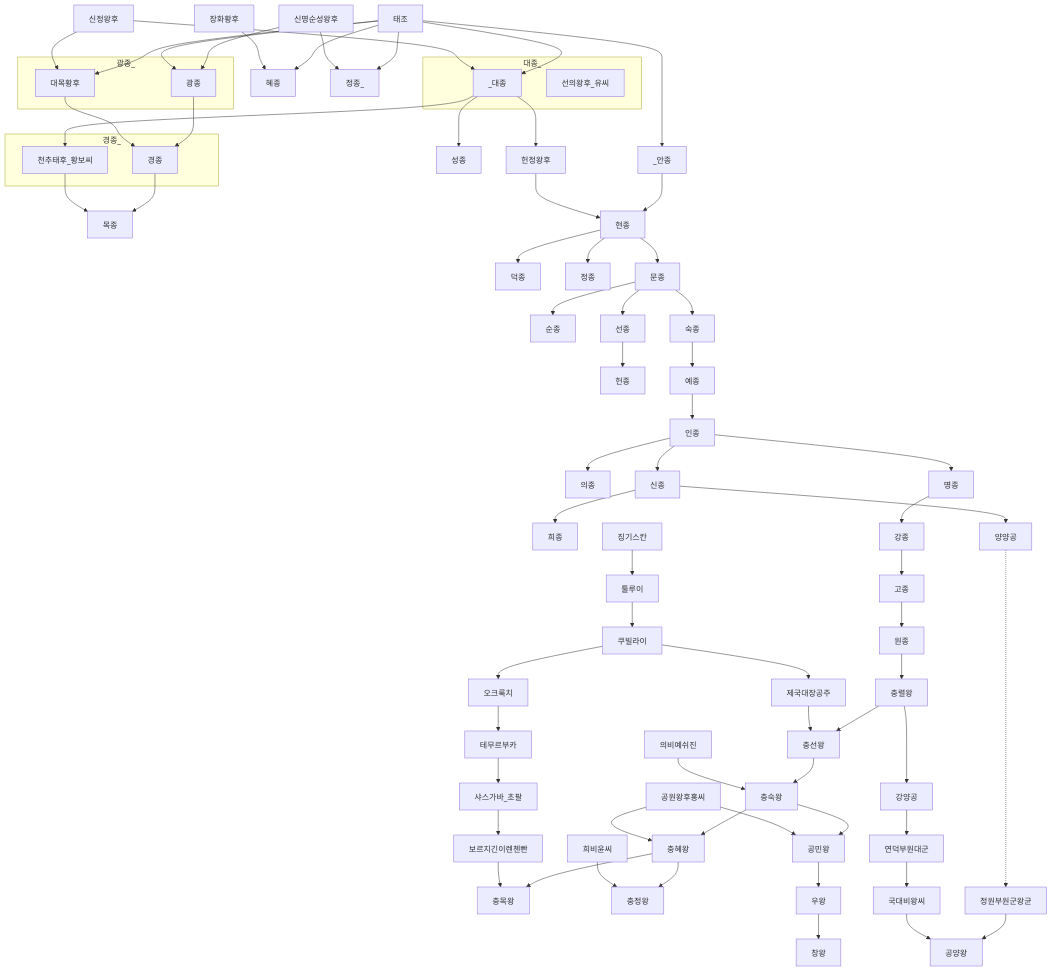
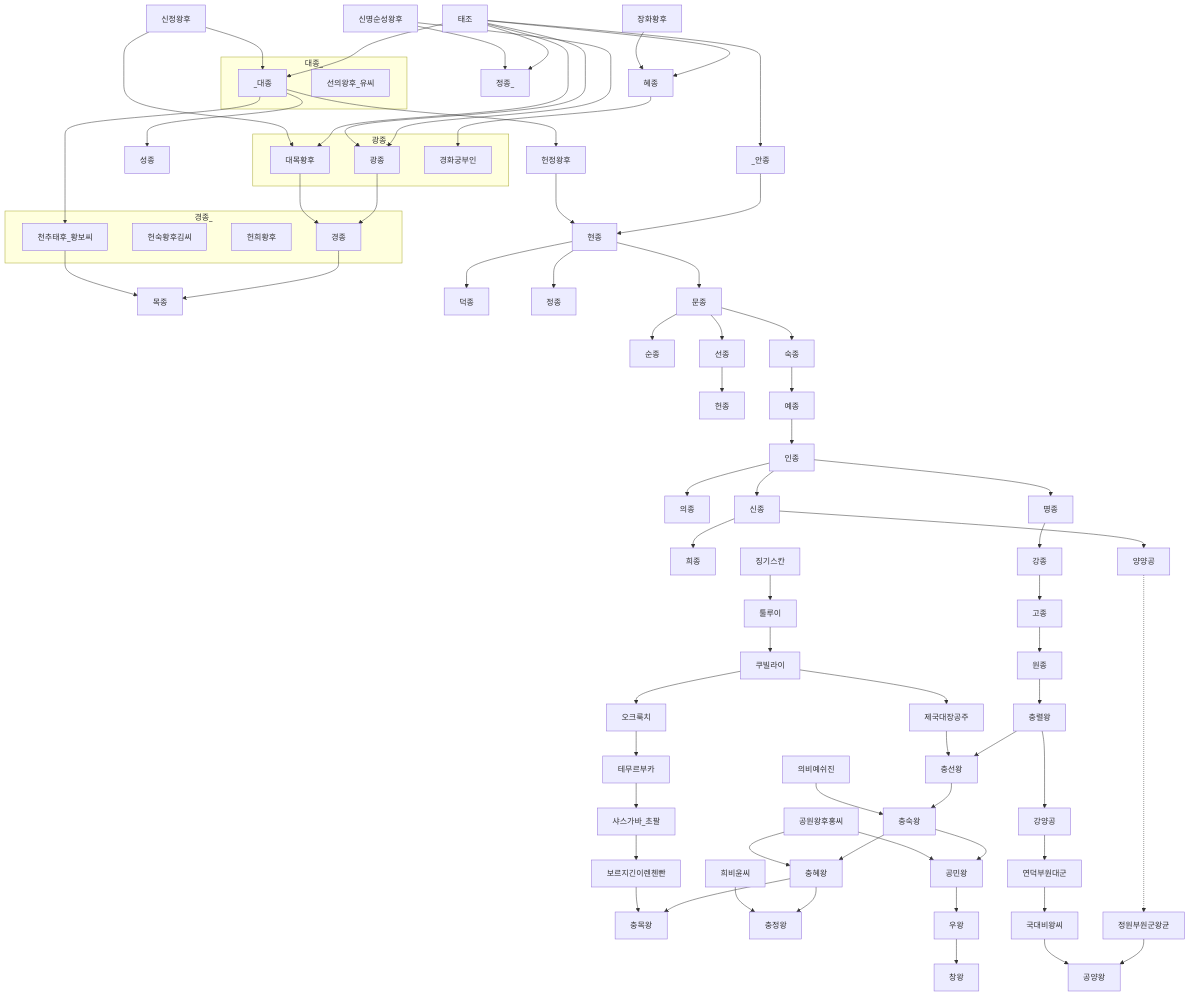
Before and after one commit to daewonyoon/historigram: the diagram in 한국사/고려왕조가계도_초기.md, drawn with Mermaid. The commit also changed 1 other file, not shown here.

Commit message:
무로마치막부, 고려왕조초기

````diff
--- a/한국사/고려왕조가계도_초기.md
+++ b/한국사/고려왕조가계도_초기.md
@@ -2,53 +2,57 @@
 ```mermaid
 graph TD
 
 태조 --> 혜종 
 장화황후 --> 혜종
 태조 --> 정종_
 신명순성왕후 --> 정종_
 신명순성왕후 --> 광종
 태조 --> 광종 --> 경종 --> 목종
 태조 --> 대목황후 --> 경종
 신정왕후 --> 대목황후
 태조 --> _대종 --> 성종
 
+혜종 --> 경화궁부인
 
 
 subgraph 광종_
 광종
 대목황후
+경화궁부인
 end
 
 subgraph 경종_
 경종
+헌숙황후김씨
+헌희황후
 천추태후
 end
 
 천추태후[ 천추태후_황보씨 ]
 
 subgraph 대종_
 _대종
 선의왕후_유씨
 end
 
 신정왕후 --> _대종 --> 천추태후 --> 목종
 _대종 --> 헌정왕후
 태조 ---> _안종 --> 현종 --> 덕종
 헌정왕후 --> 현종 --> 정종
 현종 --> 문종 --> 순종
 문종 --> 선종 --> 헌종 
 문종 --> 숙종 --> 예종 --> 인종 --> 의종 
 인종 --> 명종
 인종 --> 신종 --> 희종 
 명종 --> 강종 --> 고종 --> 원종 --> 충렬왕 --> 충선왕
 징기스칸 --> 툴루이 --> 쿠빌라이 --> 제국대장공주 --> 충선왕 --> 충숙왕 --> 충혜왕 --> 충목왕
 의비예쉬진 --> 충숙왕
 쿠빌라이 --> 오크룩치 --> 테무르부카 --> 샤스가바_초팔 --> 보르지긴이렌첸빤 --> 충목왕
 충혜왕 --> 충정왕
 충숙왕 --> 공민왕 --> 우왕 --> 창왕
 공원왕후홍씨 --> 충혜왕
 공원왕후홍씨 --> 공민왕
 희비윤씨 --> 충정왕
 신종 --> 양양공 -.......-> 정원부원군왕균 --> 공양왕
 충렬왕 --> 강양공 --> 연덕부원대군 --> 국대비왕씨 --> 공양왕
 ```
````
